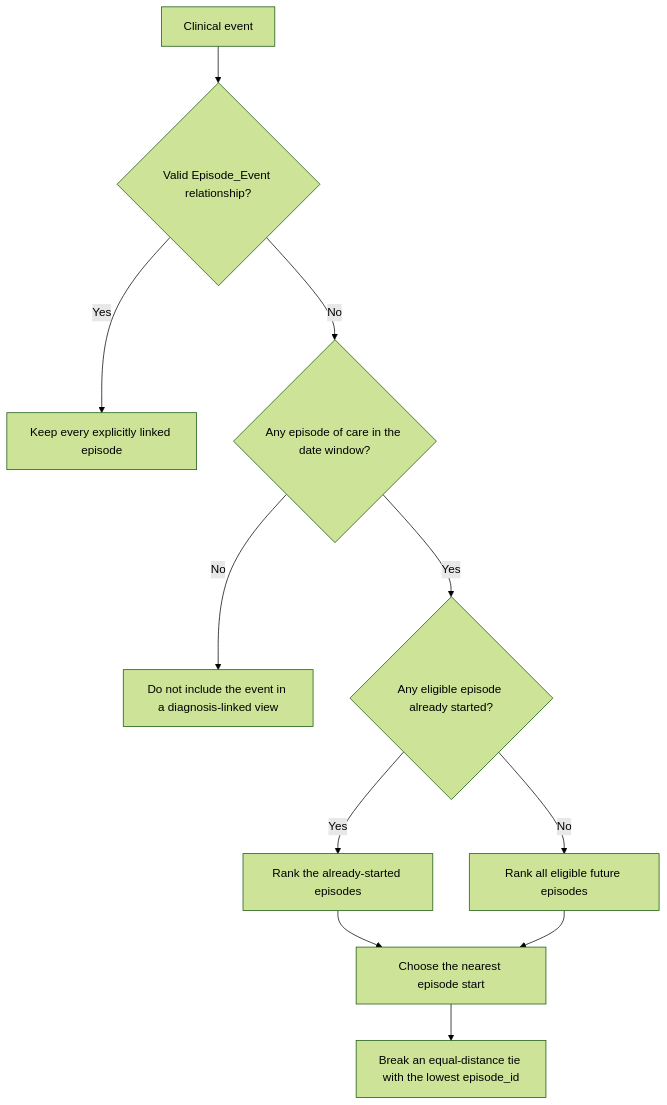
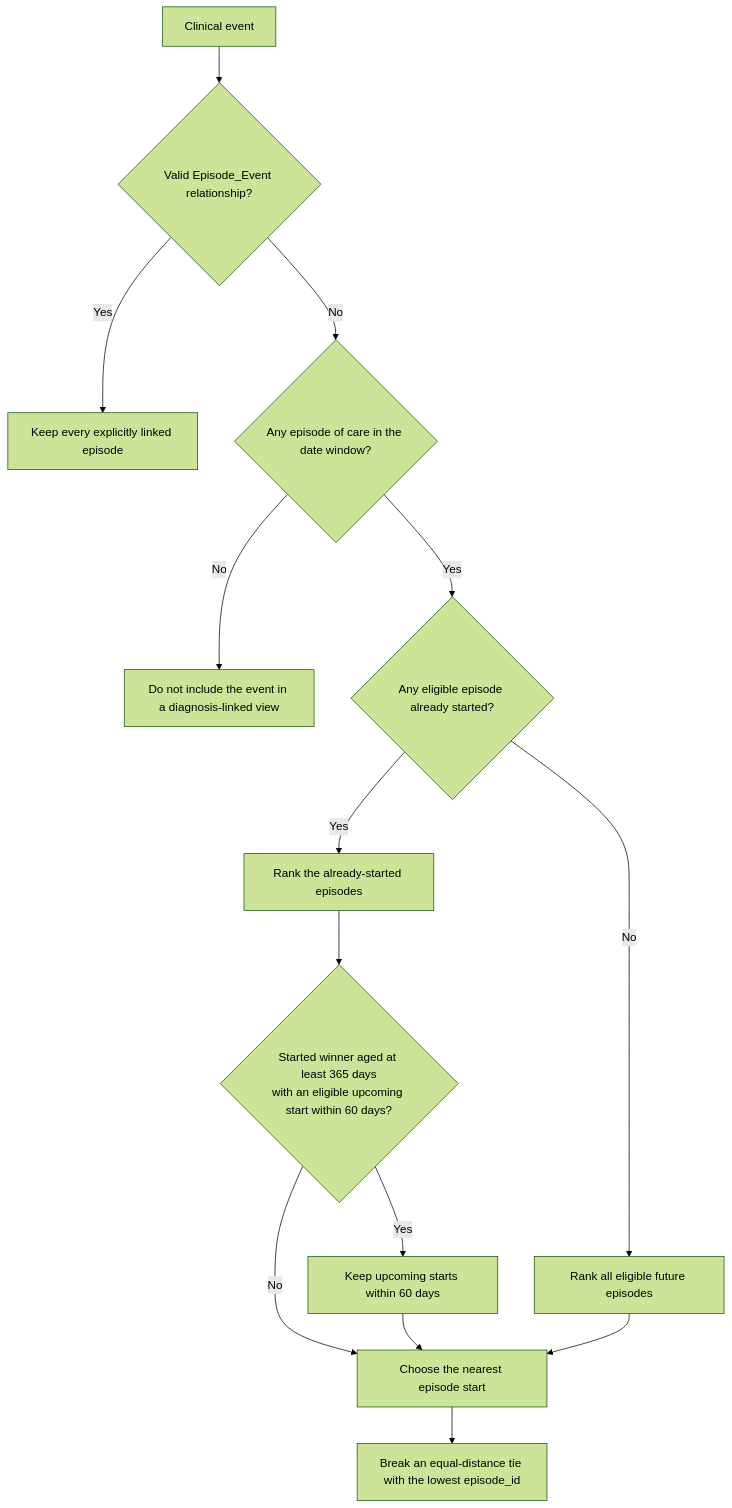
The diagram in docs/architecture.md (AustralianCancerDataNetwork/omop-constructs), drawn with Mermaid (forest theme) before and after one commit. The commit also changed other lines of this file and 8 other files, not shown here.

````diff
--- a/docs/architecture.md
+++ b/docs/architecture.md
@@ -81,13 +83,16 @@
 ```mermaid
 flowchart TD
     event[Clinical event] --> explicit{Valid Episode_Event relationship?}
     explicit -- Yes --> linked[Keep every explicitly linked episode]
     explicit -- No --> eligible{Any episode of care in the date window?}
     eligible -- No --> omitted[Do not include the event in a diagnosis-linked view]
     eligible -- Yes --> started{Any eligible episode already started?}
     started -- Yes --> prior[Rank the already-started episodes]
     started -- No --> future[Rank all eligible future episodes]
-    prior --> nearest[Choose the nearest episode start]
+    prior --> override{"Started winner aged at least 365 days<br/>with an eligible upcoming start within 60 days?"}
+    override -- Yes --> upcoming[Keep upcoming starts within 60 days]
+    override -- No --> nearest[Choose the nearest episode start]
+    upcoming --> nearest
     future --> nearest
     nearest --> tie[Break an equal-distance tie with the lowest episode_id]
 ```
````
